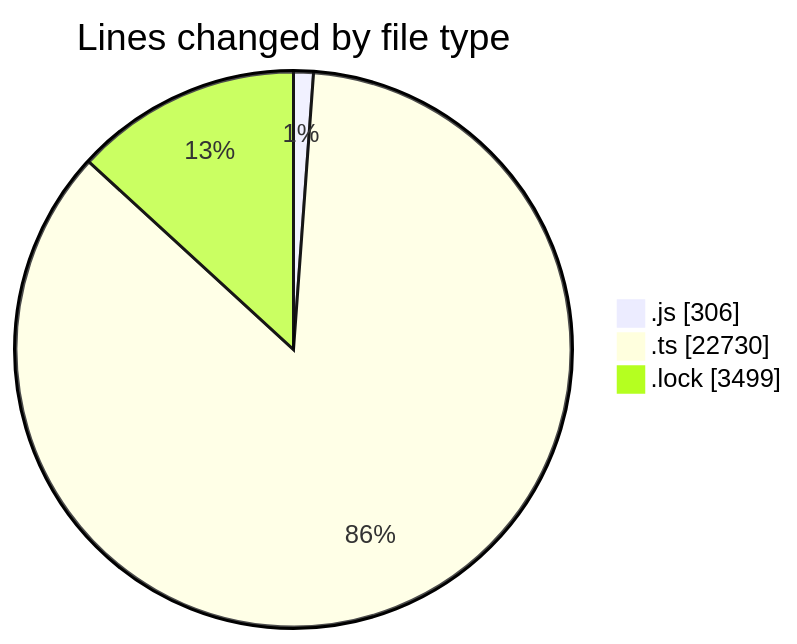
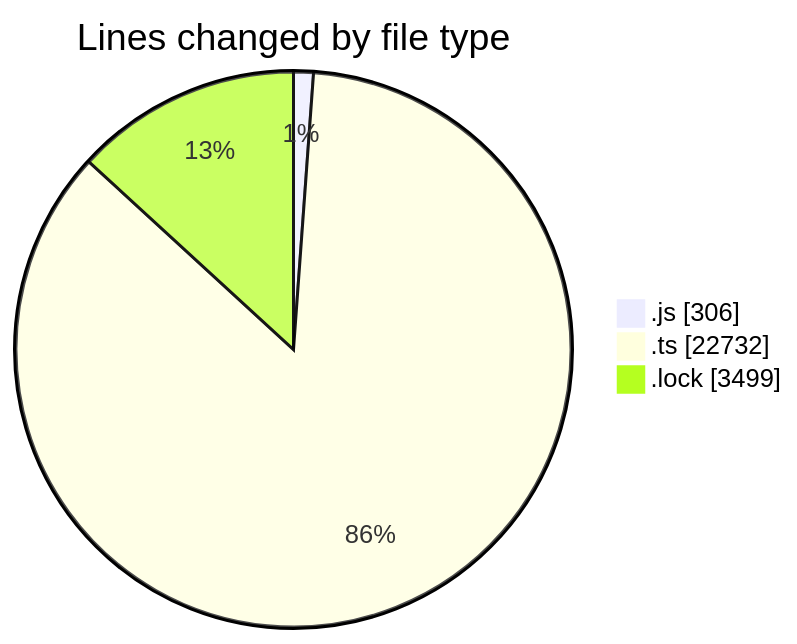
The first of 2 diagrams in 2025-05-27/cda/README.md (momahboobian/code-tracking), drawn with Mermaid before and after one commit. The commit also changed other lines of this file and 1 other file, not shown here.

````diff
--- a/2025-05-27/cda/README.md
+++ b/2025-05-27/cda/README.md
@@ -28,7 +28,7 @@
 ```mermaid
 pie showData
 title Lines changed by file type
 ".js" : 306
-".ts" : 22730
+".ts" : 22732
 ".lock" : 3499
 ```
````
